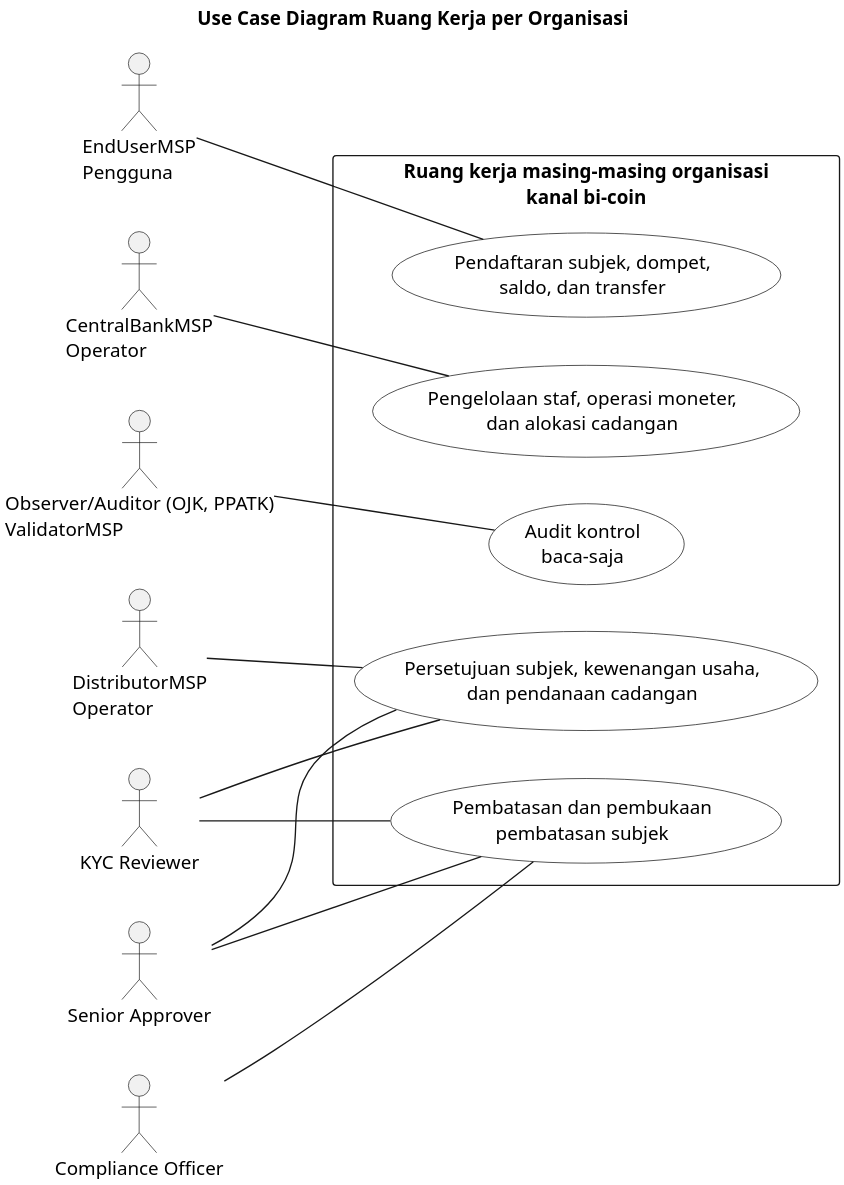
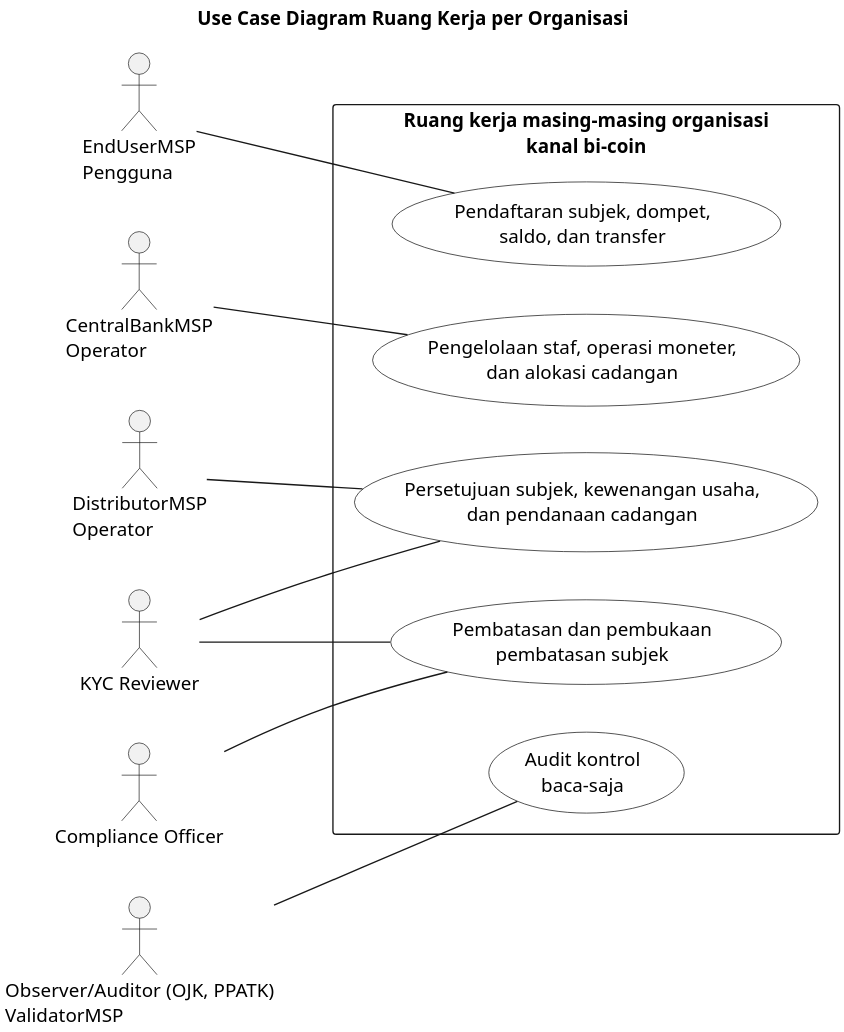
One commit to mfachrizalg/bi-coin changed the diagram in bi-coin-fabric/docs/diagrams/plantuml/controls-study-use-case.puml. Above: the diagram before and after it, drawn with PlantUML. The commit also changed 37 other files, not shown here.

```diff
--- a/bi-coin-fabric/docs/diagrams/plantuml/controls-study-use-case.puml
+++ b/bi-coin-fabric/docs/diagrams/plantuml/controls-study-use-case.puml
@@ -1,41 +1,38 @@
 @startuml controls-study-use-case
 title Use Case Diagram Ruang Kerja per Organisasi
 left to right direction
 skinparam monochrome true
 skinparam dpi 300
 skinparam defaultFontName Arial
 skinparam defaultFontSize 14
 skinparam packageStyle rectangle
 skinparam shadowing false
 skinparam usecase {
   BackgroundColor White
   BorderColor Black
 }
 
 actor "EndUserMSP\nPengguna" as EndUser
 actor "DistributorMSP\nOperator" as Distributor
 actor "CentralBankMSP\nOperator" as CentralBank
 actor "Observer/Auditor (OJK, PPATK)\nValidatorMSP" as Validator
 actor "KYC Reviewer" as KycReviewer
-actor "Senior Approver" as SeniorApprover
 actor "Compliance Officer" as ComplianceOfficer
 
 rectangle "Ruang kerja masing-masing organisasi\nkanal bi-coin" {
   usecase "Pendaftaran subjek, dompet,\nsaldo, dan transfer" as EndUserUC
   usecase "Persetujuan subjek, kewenangan usaha,\ndan pendanaan cadangan" as DistributorUC
   usecase "Pembatasan dan pembukaan\npembatasan subjek" as RestrictionUC
   usecase "Pengelolaan staf, operasi moneter,\ndan alokasi cadangan" as CentralBankUC
   usecase "Audit kontrol\nbaca-saja" as ValidatorUC
 }
 
 EndUser -- EndUserUC
 Distributor -- DistributorUC
 CentralBank -- CentralBankUC
 Validator -- ValidatorUC
 KycReviewer -- DistributorUC
-SeniorApprover -- DistributorUC
 KycReviewer -- RestrictionUC
-SeniorApprover -- RestrictionUC
 ComplianceOfficer -- RestrictionUC
 
 @enduml
```
